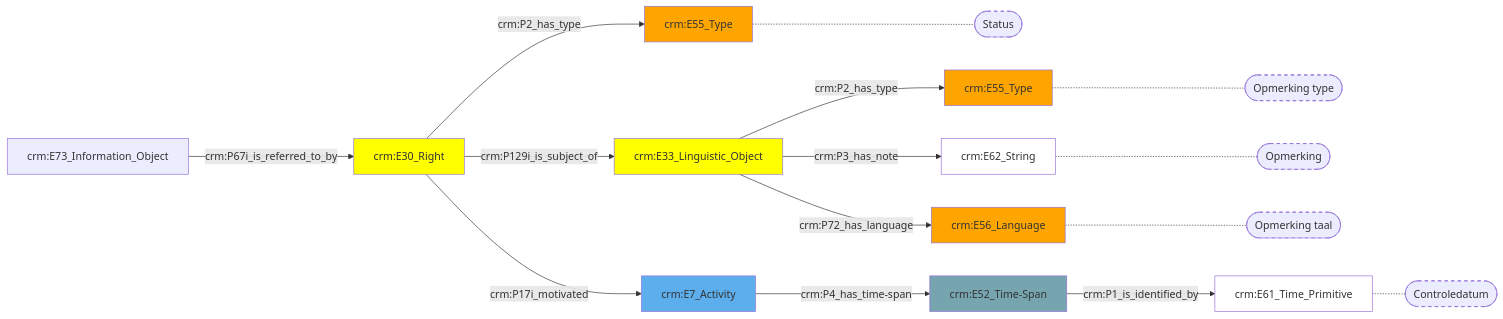
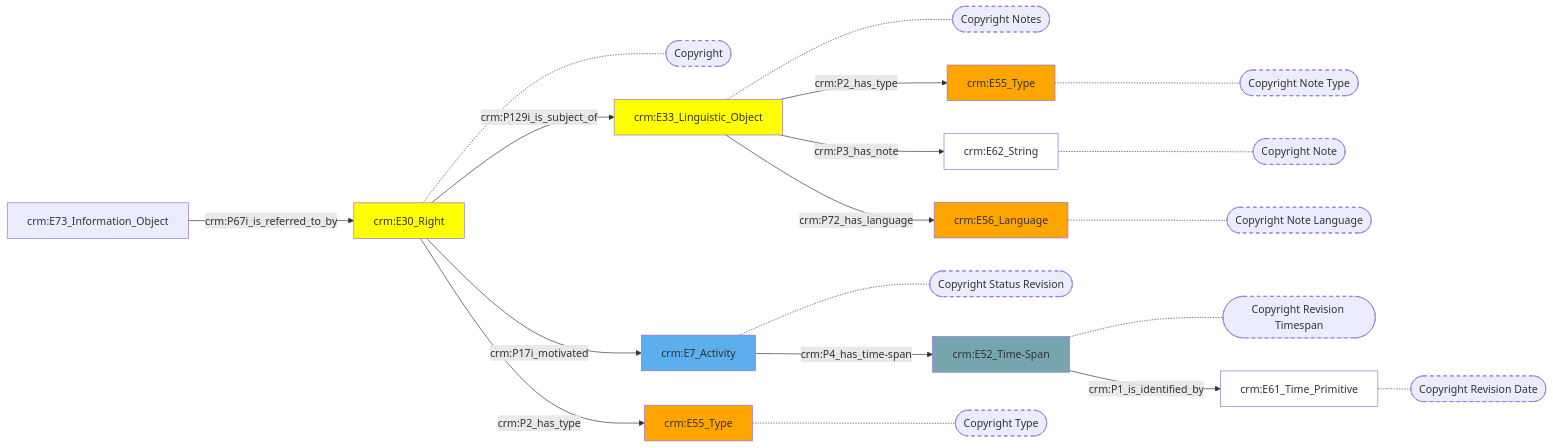
One commit to digipolisantwerpdocumentation/antwerp-cultureel-erfgoed changed the diagram in docs/content/modellen/ArchiefItemImmaterieel/Rechten.md. Above: the diagram before and after it, drawn with Mermaid. The commit also changed 167 other files, not shown here.

````diff
--- a/docs/content/modellen/ArchiefItemImmaterieel/Rechten.md
+++ b/docs/content/modellen/ArchiefItemImmaterieel/Rechten.md
@@ -1,31 +1,39 @@
 ```mermaid
 graph LR
-2f637c0e-a5fe-11ec-b19f-9cf387da2c40["crm:E55_Type"]-.-2f637c0e-a5fe-11ec-b19f-9cf387da2c40_s(["Status"])
-2f63ad8c-a5fe-11ec-b19f-9cf387da2c40["crm:E55_Type"]-.-2f63ad8c-a5fe-11ec-b19f-9cf387da2c40_s(["Opmerking type"])
-2f6365ca-a5fe-11ec-b19f-9cf387da2c40["crm:E62_String"]-.-2f6365ca-a5fe-11ec-b19f-9cf387da2c40_s(["Opmerking"])
-2f6371d2-a5fe-11ec-b19f-9cf387da2c40["crm:E56_Language"]-.-2f6371d2-a5fe-11ec-b19f-9cf387da2c40_s(["Opmerking taal"])
-2f637dd0-a5fe-11ec-b19f-9cf387da2c40["crm:E61_Time_Primitive"]-.-2f637dd0-a5fe-11ec-b19f-9cf387da2c40_s(["Controledatum"])
+2f6361ec-a5fe-11ec-b19f-9cf387da2c40["crm:E33_Linguistic_Object"]-.-2f6361ec-a5fe-11ec-b19f-9cf387da2c40_s(["Copyright Notes"])
+2f637ca4-a5fe-11ec-b19f-9cf387da2c40["crm:E7_Activity"]-.-2f637ca4-a5fe-11ec-b19f-9cf387da2c40_s(["Copyright Status Revision"])
+2f637c0e-a5fe-11ec-b19f-9cf387da2c40["crm:E55_Type"]-.-2f637c0e-a5fe-11ec-b19f-9cf387da2c40_s(["Copyright Type"])
+2f63ad8c-a5fe-11ec-b19f-9cf387da2c40["crm:E55_Type"]-.-2f63ad8c-a5fe-11ec-b19f-9cf387da2c40_s(["Copyright Note Type"])
+2f6365ca-a5fe-11ec-b19f-9cf387da2c40["crm:E62_String"]-.-2f6365ca-a5fe-11ec-b19f-9cf387da2c40_s(["Copyright Note"])
+2f6371d2-a5fe-11ec-b19f-9cf387da2c40["crm:E56_Language"]-.-2f6371d2-a5fe-11ec-b19f-9cf387da2c40_s(["Copyright Note Language"])
+2f637d3a-a5fe-11ec-b19f-9cf387da2c40["crm:E52_Time-Span"]-.-2f637d3a-a5fe-11ec-b19f-9cf387da2c40_s(["Copyright Revision Timespan"])
+2f637dd0-a5fe-11ec-b19f-9cf387da2c40["crm:E61_Time_Primitive"]-.-2f637dd0-a5fe-11ec-b19f-9cf387da2c40_s(["Copyright Revision Date"])
+2f62906e-a5fe-11ec-b19f-9cf387da2c40["crm:E30_Right"]-.-2f62906e-a5fe-11ec-b19f-9cf387da2c40_s(["Copyright"])
+style 2f6361ec-a5fe-11ec-b19f-9cf387da2c40_s stroke-dasharray: 5
+style 2f637ca4-a5fe-11ec-b19f-9cf387da2c40_s stroke-dasharray: 5
 style 2f637c0e-a5fe-11ec-b19f-9cf387da2c40_s stroke-dasharray: 5
 style 2f63ad8c-a5fe-11ec-b19f-9cf387da2c40_s stroke-dasharray: 5
 style 2f6365ca-a5fe-11ec-b19f-9cf387da2c40_s stroke-dasharray: 5
 style 2f6371d2-a5fe-11ec-b19f-9cf387da2c40_s stroke-dasharray: 5
+style 2f637d3a-a5fe-11ec-b19f-9cf387da2c40_s stroke-dasharray: 5
 style 2f637dd0-a5fe-11ec-b19f-9cf387da2c40_s stroke-dasharray: 5
+style 2f62906e-a5fe-11ec-b19f-9cf387da2c40_s stroke-dasharray: 5
+style 2f62906e-a5fe-11ec-b19f-9cf387da2c40 fill:#ffff00
+style 2f6361ec-a5fe-11ec-b19f-9cf387da2c40 fill:#ffff00
+style 2f6365ca-a5fe-11ec-b19f-9cf387da2c40 fill:#ffffff
+style 2f6371d2-a5fe-11ec-b19f-9cf387da2c40 fill:#ffa500
+style 2f637c0e-a5fe-11ec-b19f-9cf387da2c40 fill:#ffa500
+style 2f637ca4-a5fe-11ec-b19f-9cf387da2c40 fill:#5DAEEC
+style 2f637d3a-a5fe-11ec-b19f-9cf387da2c40 fill:#76A5AF
+style 2f637dd0-a5fe-11ec-b19f-9cf387da2c40 fill:#ffffff
+style 2f63ad8c-a5fe-11ec-b19f-9cf387da2c40 fill:#ffa500
 2f62906e-a5fe-11ec-b19f-9cf387da2c40["crm:E30_Right"]-->|"crm:P129i_is_subject_of"|2f6361ec-a5fe-11ec-b19f-9cf387da2c40["crm:E33_Linguistic_Object"]
 2f62906e-a5fe-11ec-b19f-9cf387da2c40["crm:E30_Right"]-->|"crm:P17i_motivated"|2f637ca4-a5fe-11ec-b19f-9cf387da2c40["crm:E7_Activity"]
 2f62906e-a5fe-11ec-b19f-9cf387da2c40["crm:E30_Right"]-->|"crm:P2_has_type"|2f637c0e-a5fe-11ec-b19f-9cf387da2c40["crm:E55_Type"]
 2f6361ec-a5fe-11ec-b19f-9cf387da2c40["crm:E33_Linguistic_Object"]-->|"crm:P2_has_type"|2f63ad8c-a5fe-11ec-b19f-9cf387da2c40["crm:E55_Type"]
 2f6361ec-a5fe-11ec-b19f-9cf387da2c40["crm:E33_Linguistic_Object"]-->|"crm:P3_has_note"|2f6365ca-a5fe-11ec-b19f-9cf387da2c40["crm:E62_String"]
 2f6361ec-a5fe-11ec-b19f-9cf387da2c40["crm:E33_Linguistic_Object"]-->|"crm:P72_has_language"|2f6371d2-a5fe-11ec-b19f-9cf387da2c40["crm:E56_Language"]
 2f637ca4-a5fe-11ec-b19f-9cf387da2c40["crm:E7_Activity"]-->|"crm:P4_has_time-span"|2f637d3a-a5fe-11ec-b19f-9cf387da2c40["crm:E52_Time-Span"]
 2f637d3a-a5fe-11ec-b19f-9cf387da2c40["crm:E52_Time-Span"]-->|"crm:P1_is_identified_by"|2f637dd0-a5fe-11ec-b19f-9cf387da2c40["crm:E61_Time_Primitive"]
 2f63ae40-a5fe-11ec-b19f-9cf387da2c40["crm:E73_Information_Object"]-->|"crm:P67i_is_referred_to_by"|2f62906e-a5fe-11ec-b19f-9cf387da2c40["crm:E30_Right"]
-style 2f62906e-a5fe-11ec-b19f-9cf387da2c40 fill:#ffff00
-style 2f6361ec-a5fe-11ec-b19f-9cf387da2c40 fill:#ffff00
-style 2f6365ca-a5fe-11ec-b19f-9cf387da2c40 fill:#ffffff
-style 2f6371d2-a5fe-11ec-b19f-9cf387da2c40 fill:#ffa500
-style 2f637c0e-a5fe-11ec-b19f-9cf387da2c40 fill:#ffa500
-style 2f637ca4-a5fe-11ec-b19f-9cf387da2c40 fill:#5DAEEC
-style 2f637d3a-a5fe-11ec-b19f-9cf387da2c40 fill:#76A5AF
-style 2f637dd0-a5fe-11ec-b19f-9cf387da2c40 fill:#ffffff
-style 2f63ad8c-a5fe-11ec-b19f-9cf387da2c40 fill:#ffa500
 ```
````
